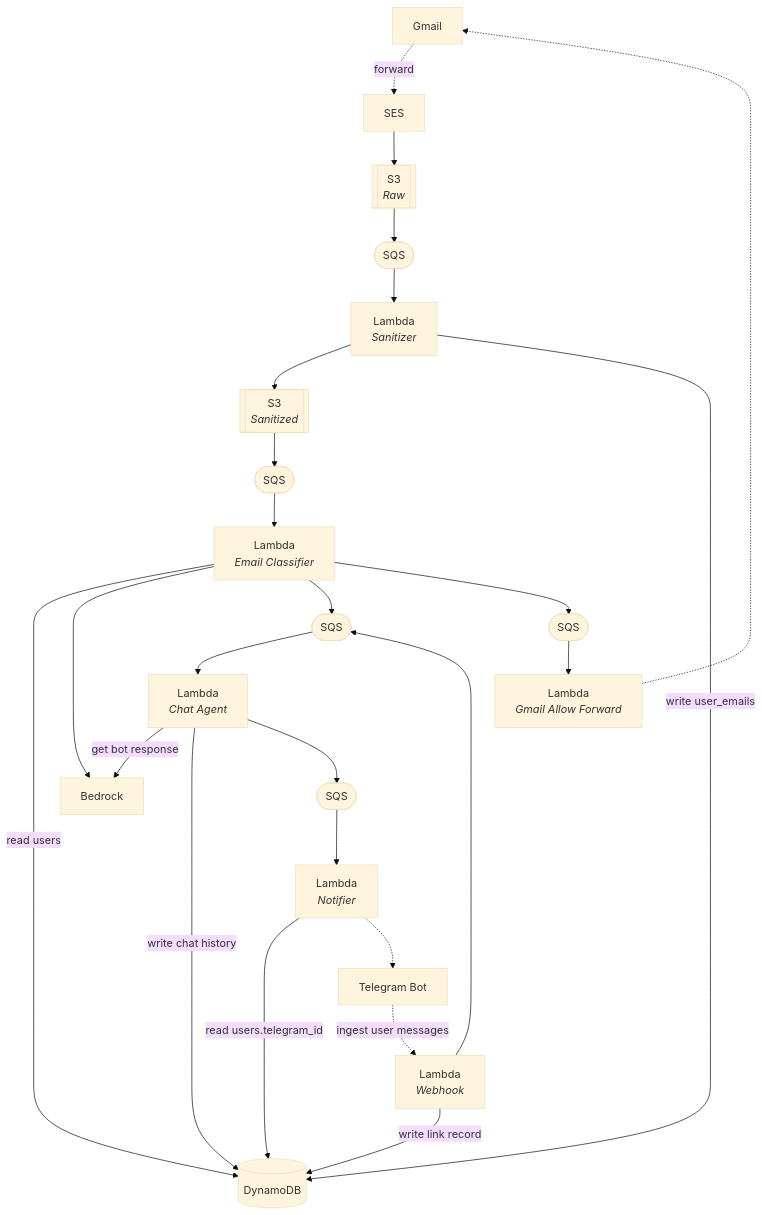
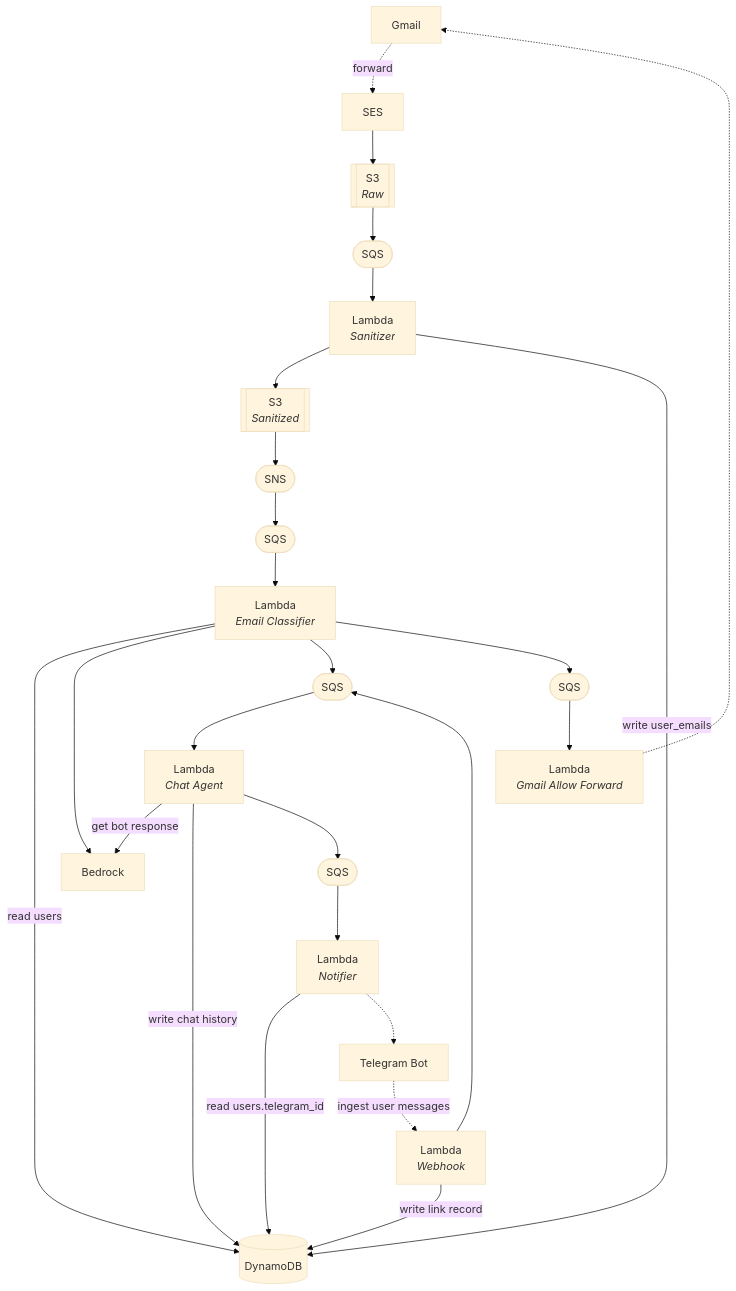
One commit to jonpeters/needl.email changed the diagram in README.md. Above: the diagram before and after it, drawn with Mermaid (base theme). The commit also changed 3 other files, not shown here.

Commit message:
have the sanitized bucket write to sns instead of sqs, in prep for future fanout

````diff
--- a/README.md
+++ b/README.md
@@ -65,33 +65,34 @@
 ```mermaid
 flowchart TD
 
 Gmail[Gmail] -.forward.-> SES
 SES[SES] --> S3Inbox[[S3<br/><i>Raw</i>]]
 S3Inbox --> SQSInbox([SQS])
 SQSInbox --> LambdaSanitizer[Lambda<br/><i>Sanitizer</i>]
 
 LambdaSanitizer --> S3Sanitized[[S3<br/><i>Sanitized</i>]]
 LambdaSanitizer -->|write user_emails| Dynamo[(DynamoDB)]
 
-S3Sanitized --> SQSSanitized([SQS])
+S3Sanitized --> SNSSanitized([SNS])
+SNSSanitized --> SQSSanitized([SQS])
 SQSSanitized --> LambdaClassifier[Lambda<br/><i>Email Classifier</i>]
 LambdaClassifier -->|read users| Dynamo
 LambdaClassifier --> Bedrock[Bedrock]
 LambdaClassifier --> SQSClassified([SQS])
 LambdaClassifier --> SQSGmailAllow([SQS])
 
 SQSGmailAllow --> LambdaGmailAllow[Lambda<br/><i>Gmail Allow Forward</i>]
 LambdaGmailAllow -.-> Gmail
 
 SQSClassified --> LambdaChat[Lambda<br/><i>Chat Agent</i>]
 LambdaNotifier -->|read users.telegram_id| Dynamo
 LambdaNotifier -.-> Telegram[Telegram Bot]
 
 Telegram -.->|ingest user messages| LambdaWebhook[Lambda<br/><i>Webhook</i>]
 LambdaWebhook -->|write link record| Dynamo
 LambdaWebhook --> SQSClassified
 LambdaChat -->|get bot response| Bedrock
 LambdaChat -->|write chat history| Dynamo
 LambdaChat --> SQSChat([SQS])
 SQSChat --> LambdaNotifier[Lambda<br/><i>Notifier</i>]
 ```
````
